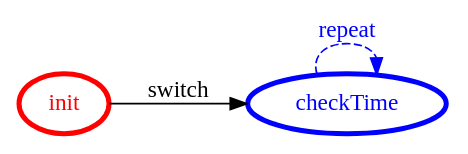
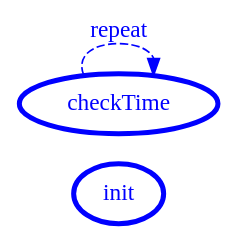
One commit to FFrabetti/ProgettoISS_relazione changed the diagram in it.unibo.finalTask2018/srcMore/it/unibo/clockagent/clockagent.gv. Above: the diagram before and after it, drawn with Graphviz. The commit also changed 8 other files, not shown here.

```diff
--- a/it.unibo.finalTask2018/srcMore/it/unibo/clockagent/clockagent.gv
+++ b/it.unibo.finalTask2018/srcMore/it/unibo/clockagent/clockagent.gv
@@ -1,17 +1,17 @@
 /*
 *
 * A GraphViz DOT FSM description 
 * Please use a GraphViz visualizer (like http://www.webgraphviz.com)
 *  
 */
 
 digraph finite_state_machine {
 	rankdir=LR
 	size="8,5"
 	
 	init [ color = red ][ fontcolor = red ][ penwidth = 3 ]
+	init [ color = blue ][ fontcolor = blue ][ penwidth = 3 ]
 	checkTime [ color = blue ][ fontcolor = blue ][ penwidth = 3 ]
 	
-	init -> checkTime [ label = "switch" ][ color = black ][ fontcolor = black ]
 	checkTime -> checkTime [ label = "repeat "][ style = dashed ][ color = blue ][ fontcolor = blue ]
 }
```
